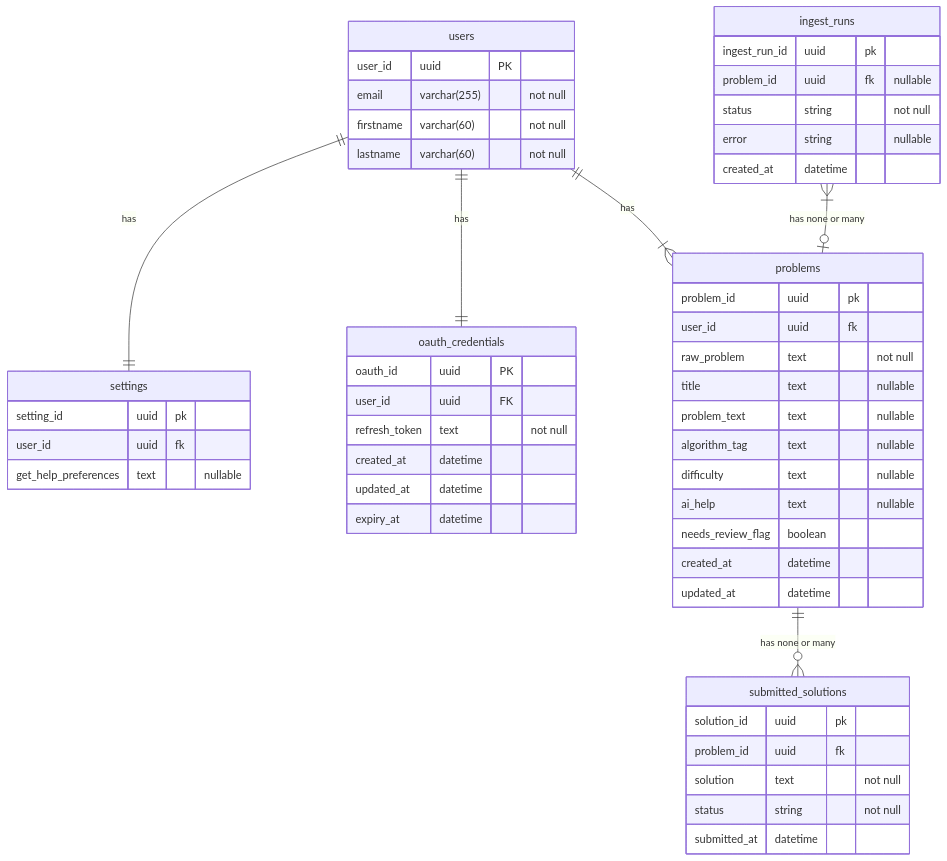
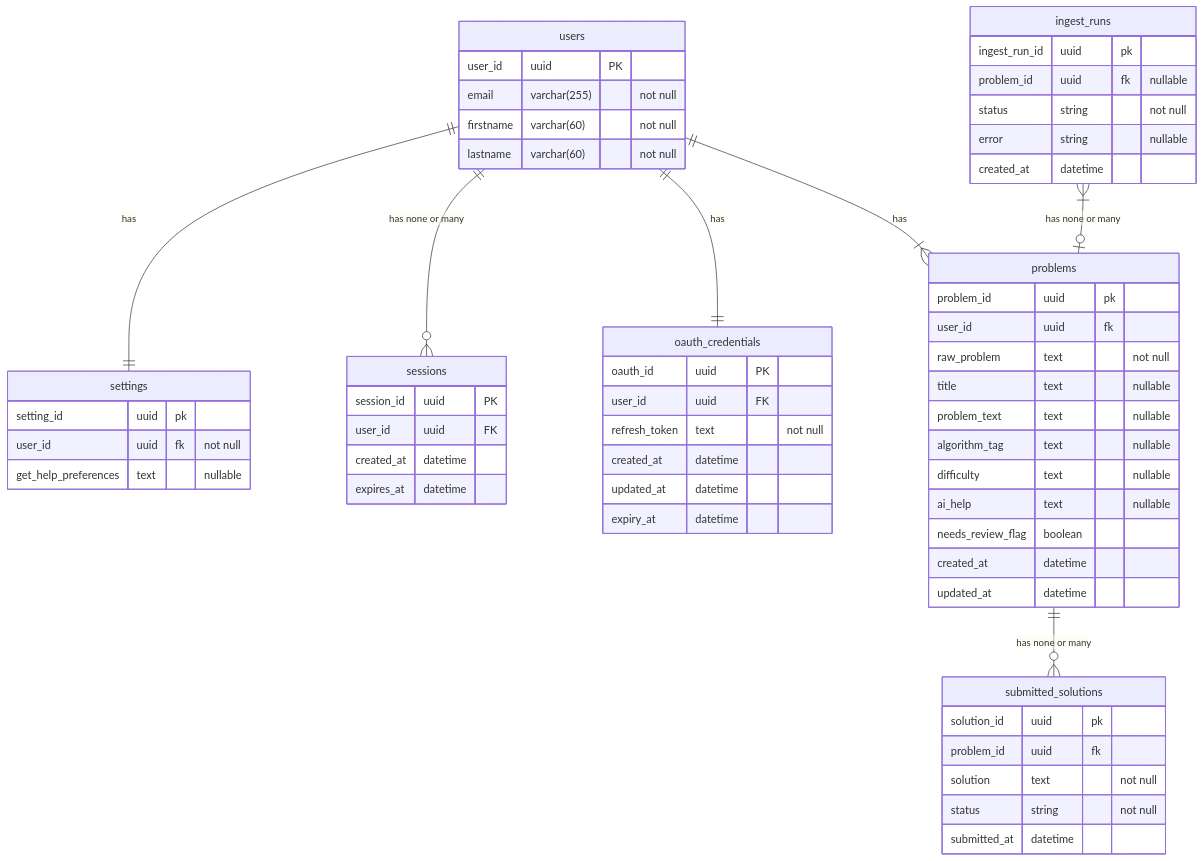
The diagram in api-docs/er_diagram.md (sabi1125/daily-coding-companion), drawn with Mermaid before and after one commit. The commit also changed 2 other files, not shown here.

Commit message:
docs: created google sign in api

````diff
--- a/api-docs/er_diagram.md
+++ b/api-docs/er_diagram.md
@@ -3,60 +3,68 @@
 ```mermaid
 erDiagram
 users {
     user_id uuid PK
     email varchar(255) "not null"
     firstname varchar(60) "not null"
     lastname varchar(60) "not null"
 }
 
 settings {
     setting_id uuid pk
-    user_id uuid fk
+    user_id uuid fk "not null"
     get_help_preferences text "nullable"
+}
+
+sessions {
+    session_id uuid PK
+    user_id uuid FK
+    created_at datetime
+    expires_at datetime
 }
 
 oauth_credentials {
     oauth_id uuid PK
     user_id uuid FK
     refresh_token text "not null"
     created_at datetime
     updated_at datetime
     expiry_at datetime
 }
 
 problems {
     problem_id uuid pk
     user_id uuid fk
     raw_problem text "not null"
     title text "nullable"
     problem_text text "nullable"
     algorithm_tag text "nullable"
     difficulty text "nullable"
     ai_help text "nullable"
     needs_review_flag boolean
     created_at datetime
     updated_at datetime
 }
 
 submitted_solutions {
     solution_id uuid pk
     problem_id uuid fk
     solution text "not null"
     status string "not null"
     submitted_at datetime
 }
 
 ingest_runs {
     ingest_run_id uuid pk
     problem_id uuid fk "nullable"
     status string "not null"
     error string "nullable"
     created_at datetime
 }
 
+users ||--o{ sessions : "has none or many"
 users ||--|| oauth_credentials : "has"
 users ||--|{ problems: "has"
 users ||--|| settings: "has"
 ingest_runs }|--o| problems : "has none or many"
 problems ||--o{ submitted_solutions: "has none or many"
 ```
````
